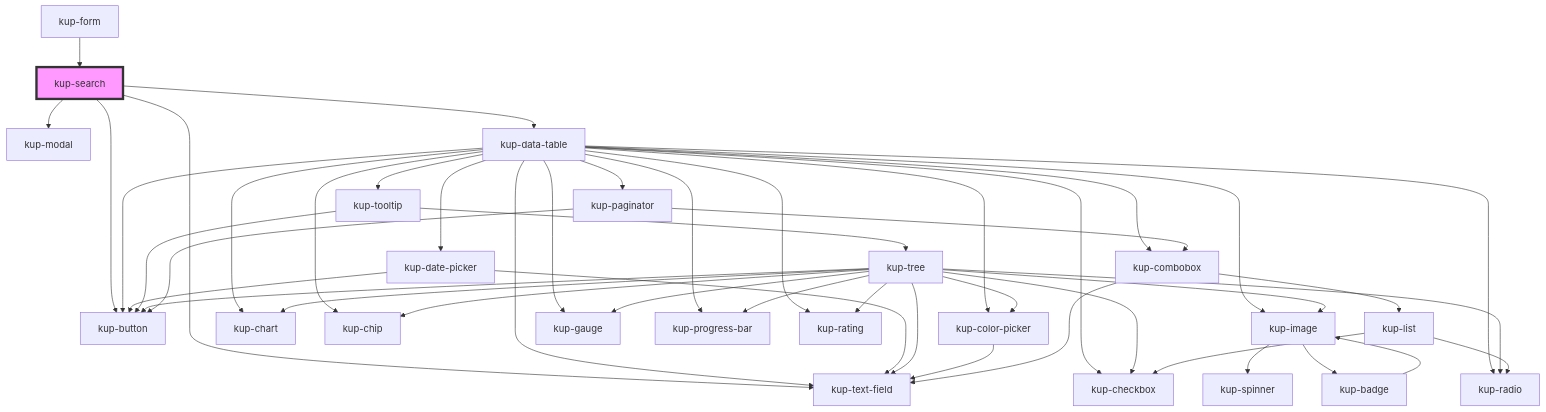
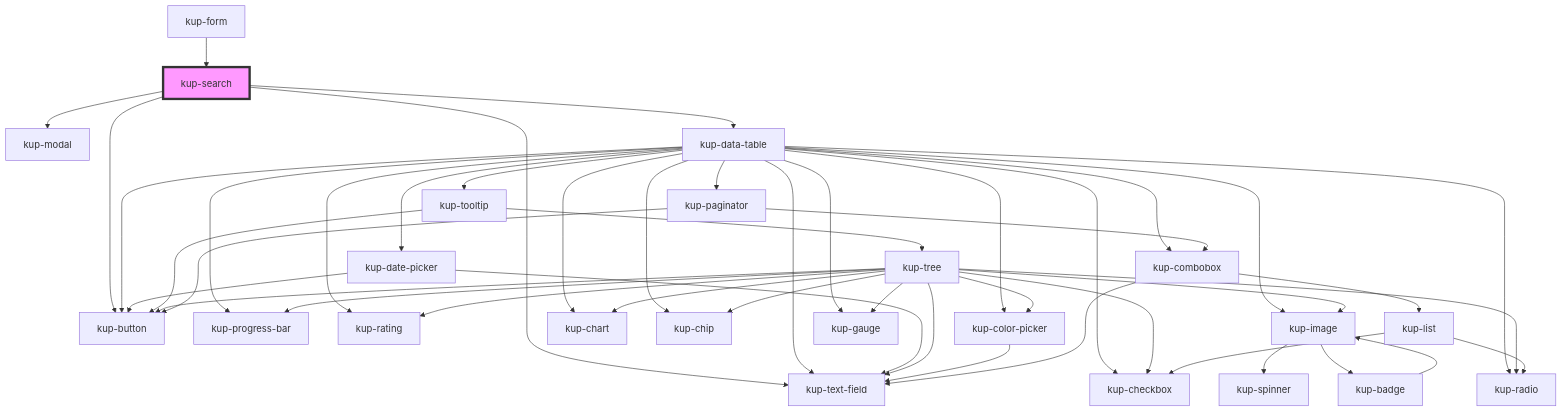
One commit to smeup/ketchup changed the diagram in packages/ketchup/src/components/kup-search/readme.md. Above: the diagram before and after it, drawn with Mermaid. The commit also changed other lines of this file and 5 other files, not shown here.

````diff
--- a/packages/ketchup/src/components/kup-search/readme.md
+++ b/packages/ketchup/src/components/kup-search/readme.md
@@ -43,49 +43,49 @@
 ```mermaid
 graph TD;
   kup-search --> kup-text-field
   kup-search --> kup-button
   kup-search --> kup-modal
   kup-search --> kup-data-table
   kup-data-table --> kup-text-field
   kup-data-table --> kup-date-picker
   kup-data-table --> kup-checkbox
   kup-data-table --> kup-button
   kup-data-table --> kup-tooltip
+  kup-data-table --> kup-progress-bar
+  kup-data-table --> kup-rating
   kup-data-table --> kup-image
   kup-data-table --> kup-chart
   kup-data-table --> kup-chip
   kup-data-table --> kup-color-picker
   kup-data-table --> kup-gauge
-  kup-data-table --> kup-progress-bar
-  kup-data-table --> kup-rating
   kup-data-table --> kup-radio
   kup-data-table --> kup-paginator
   kup-data-table --> kup-combobox
   kup-date-picker --> kup-text-field
   kup-date-picker --> kup-button
   kup-tooltip --> kup-button
   kup-tooltip --> kup-tree
   kup-tree --> kup-image
   kup-tree --> kup-button
   kup-tree --> kup-chart
   kup-tree --> kup-checkbox
   kup-tree --> kup-chip
   kup-tree --> kup-color-picker
   kup-tree --> kup-gauge
   kup-tree --> kup-progress-bar
   kup-tree --> kup-rating
   kup-tree --> kup-radio
   kup-tree --> kup-text-field
   kup-image --> kup-spinner
   kup-image --> kup-badge
   kup-badge --> kup-image
   kup-color-picker --> kup-text-field
   kup-paginator --> kup-button
   kup-paginator --> kup-combobox
   kup-combobox --> kup-text-field
   kup-combobox --> kup-list
   kup-list --> kup-radio
   kup-list --> kup-checkbox
   kup-form --> kup-search
   style kup-search fill:#f9f,stroke:#333,stroke-width:4px
 ```
````
